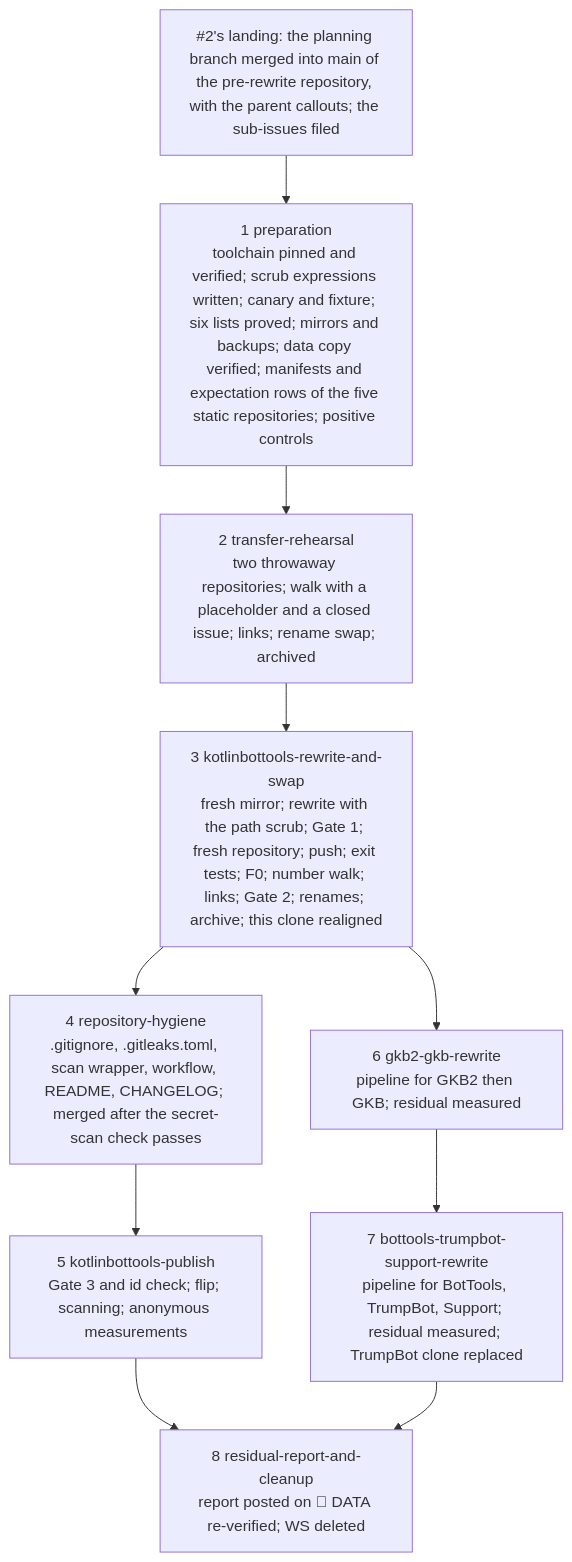
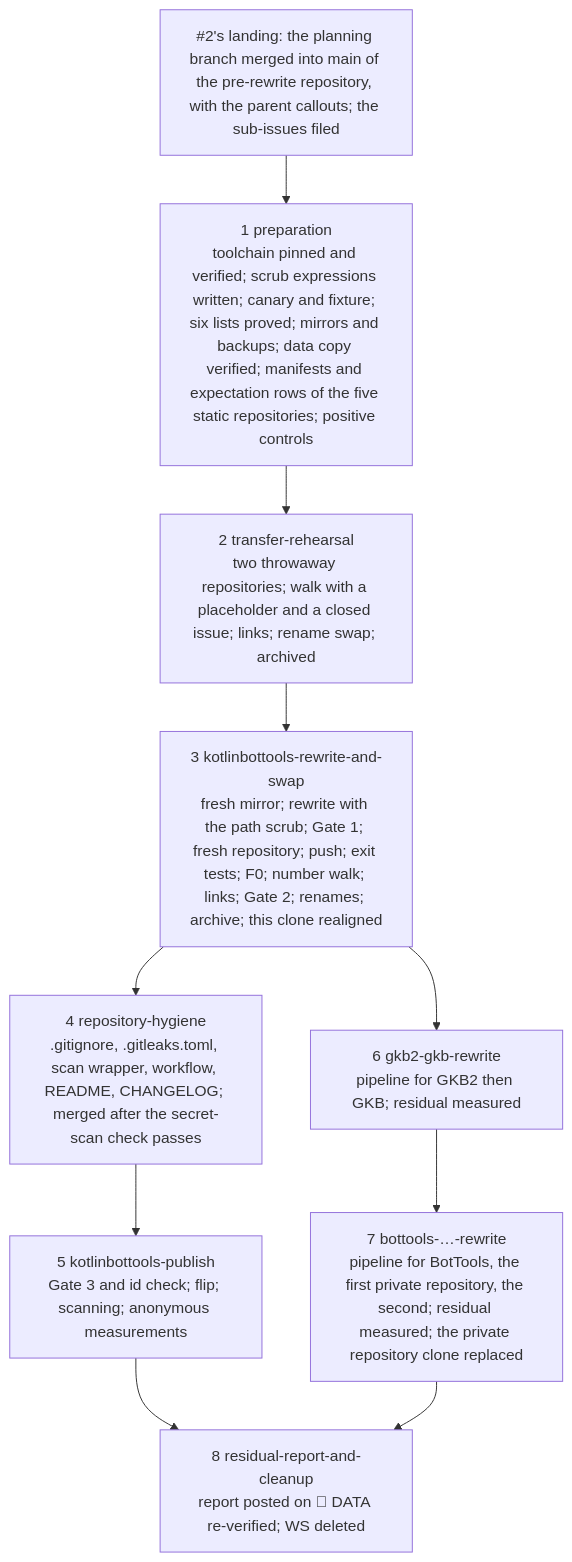
Before and after one commit to SpartanLaboratories/KotlinBottools: the second of 2 diagrams in docs/plans/1-bottools-consolidation/2-phase-0-history-rewrite/architecture.md, drawn with Mermaid. The commit also changed other lines of this file and 146 other files, not shown here.

First line of the commit message:
docs: take the private repository names out of the plan documents

````diff
--- a/docs/plans/1-bottools-consolidation/2-phase-0-history-rewrite/architecture.md
+++ b/docs/plans/1-bottools-consolidation/2-phase-0-history-rewrite/architecture.md
@@ -976,13 +976,13 @@
 ```mermaid
 flowchart TD
     L["#2's landing: the planning branch merged into main of the pre-rewrite repository, with the parent callouts; the sub-issues filed"] --> U1
     U1["1 preparation<br/>toolchain pinned and verified; scrub expressions written; canary and fixture; six lists proved; mirrors and backups; data copy verified; manifests and expectation rows of the five static repositories; positive controls"] --> U2
     U2["2 transfer-rehearsal<br/>two throwaway repositories; walk with a placeholder and a closed issue; links; rename swap; archived"] --> U3
     U3["3 kotlinbottools-rewrite-and-swap<br/>fresh mirror; rewrite with the path scrub; Gate 1; fresh repository; push; exit tests; F0; number walk; links; Gate 2; renames; archive; this clone realigned"] --> U4
     U3 --> U6
     U4["4 repository-hygiene<br/>.gitignore, .gitleaks.toml, scan wrapper, workflow, README, CHANGELOG; merged after the secret-scan check passes"] --> U5
     U5["5 kotlinbottools-publish<br/>Gate 3 and id check; flip; scanning; anonymous measurements"] --> U8
     U6["6 gkb2-gkb-rewrite<br/>pipeline for GKB2 then GKB; residual measured"] --> U7
-    U7["7 bottools-trumpbot-support-rewrite<br/>pipeline for BotTools, TrumpBot, Support; residual measured; TrumpBot clone replaced"] --> U8
+    U7["7 bottools-…-rewrite<br/>pipeline for BotTools, the first private repository, the second; residual measured; the private repository clone replaced"] --> U8
     U8["8 residual-report-and-cleanup<br/>report posted on #2; DATA re-verified; WS deleted"]
 ```
````
